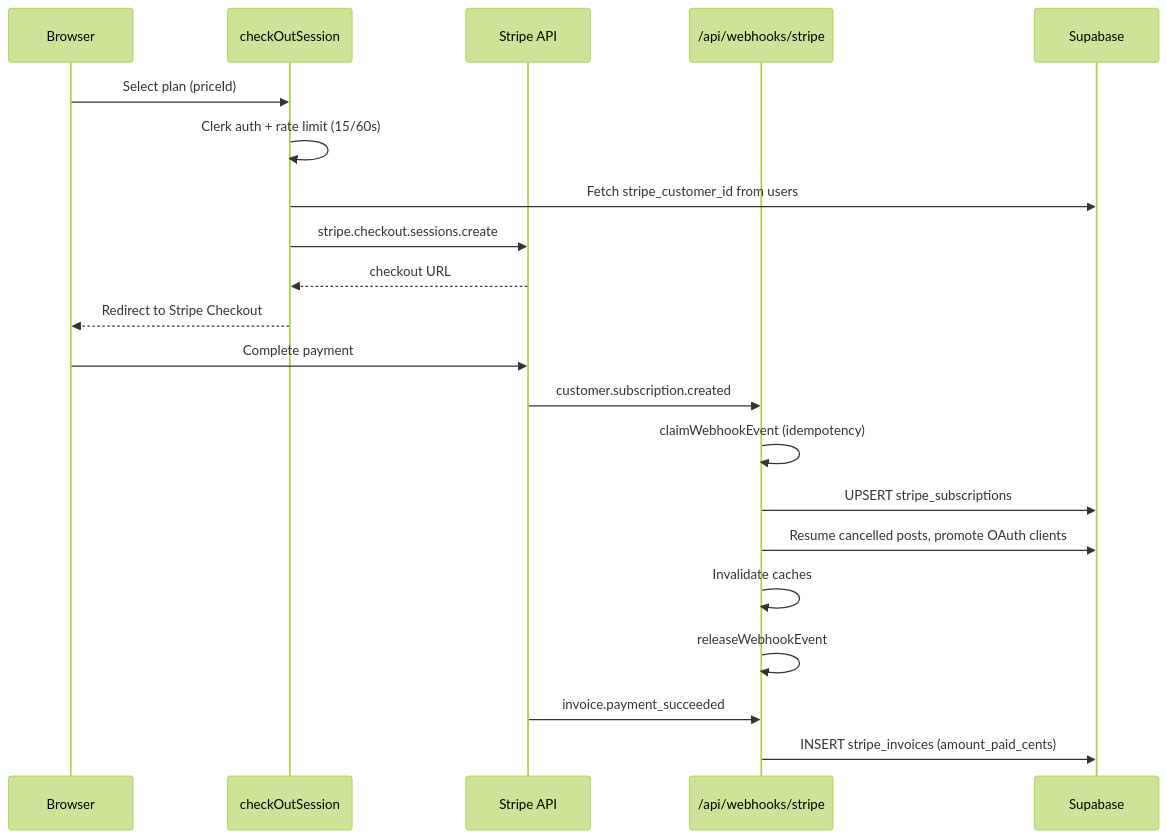
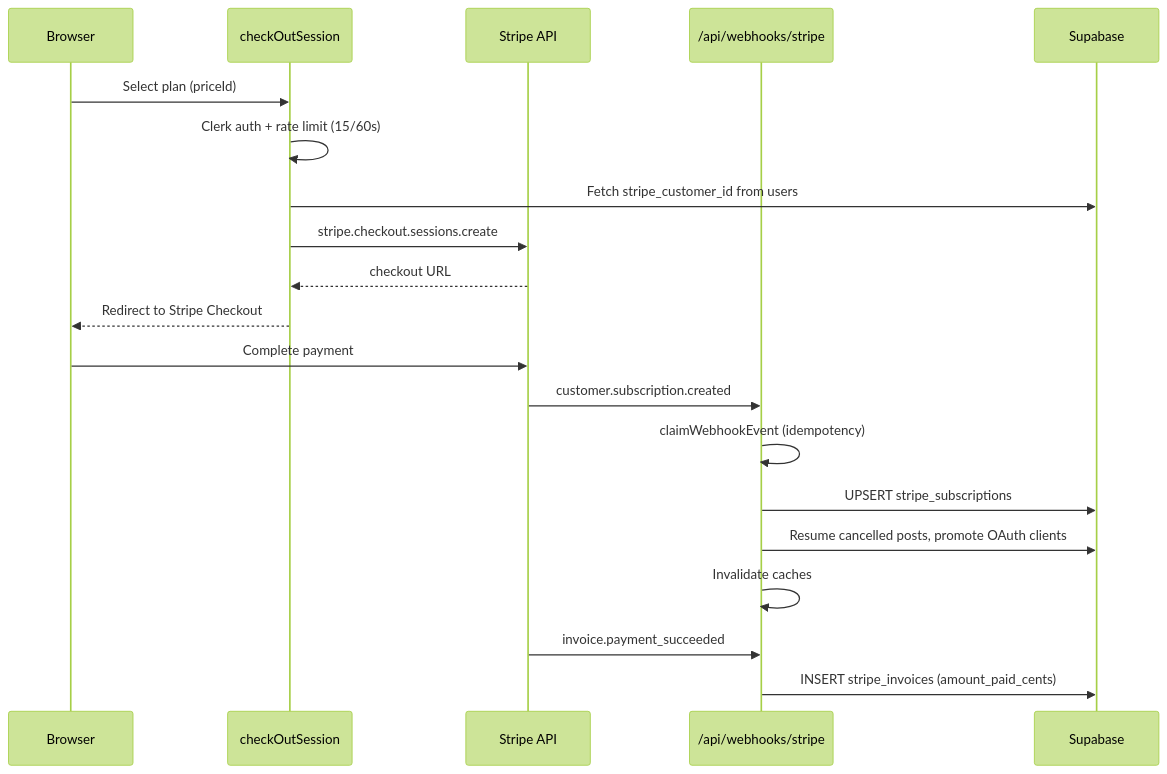
The first of 2 diagrams in docs/BILLING.md (Andy00L/sharetopus), drawn with Mermaid (forest theme) before and after one commit. The commit also changed other lines of this file and 1 other file, not shown here.

First line of the commit message:
fix(stripe-webhook): retry the event when the user lookup fails

````diff
--- a/docs/BILLING.md
+++ b/docs/BILLING.md
@@ -42,24 +42,23 @@
 ```mermaid
 sequenceDiagram
     participant User as Browser
     participant Action as checkOutSession
     participant Stripe as Stripe API
     participant Webhook as /api/webhooks/stripe
     participant DB as Supabase
 
     User->>Action: Select plan (priceId)
     Action->>Action: Clerk auth + rate limit (15/60s)
     Action->>DB: Fetch stripe_customer_id from users
     Action->>Stripe: stripe.checkout.sessions.create
     Stripe-->>Action: checkout URL
     Action-->>User: Redirect to Stripe Checkout
     User->>Stripe: Complete payment
     Stripe->>Webhook: customer.subscription.created
     Webhook->>Webhook: claimWebhookEvent (idempotency)
     Webhook->>DB: UPSERT stripe_subscriptions
     Webhook->>DB: Resume cancelled posts, promote OAuth clients
     Webhook->>Webhook: Invalidate caches
-    Webhook->>Webhook: releaseWebhookEvent
     Stripe->>Webhook: invoice.payment_succeeded
     Webhook->>DB: INSERT stripe_invoices (amount_paid_cents)
 ```
````
